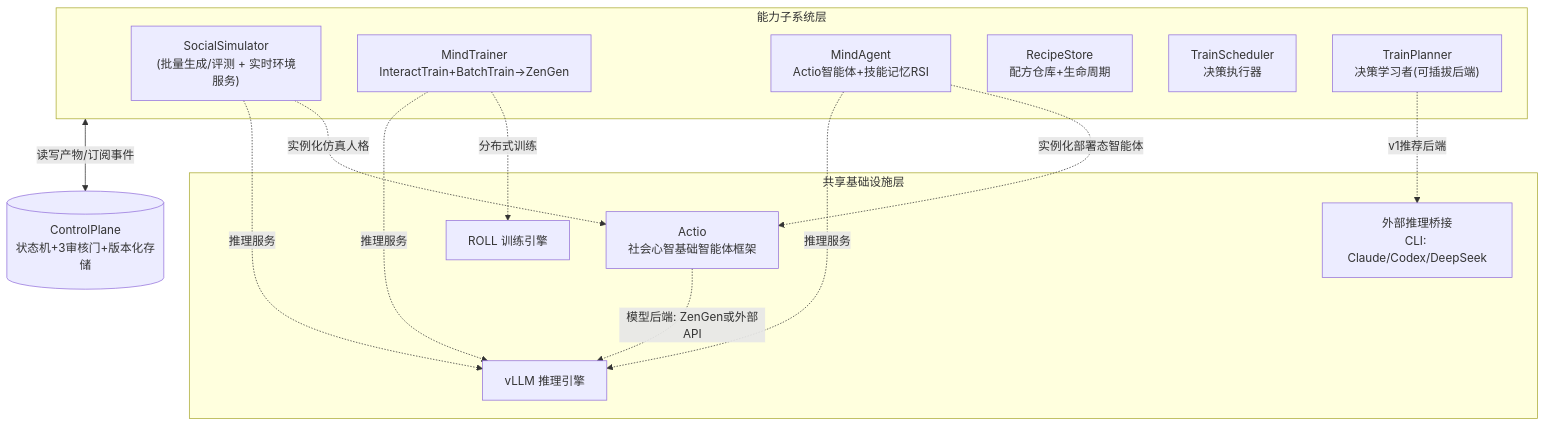
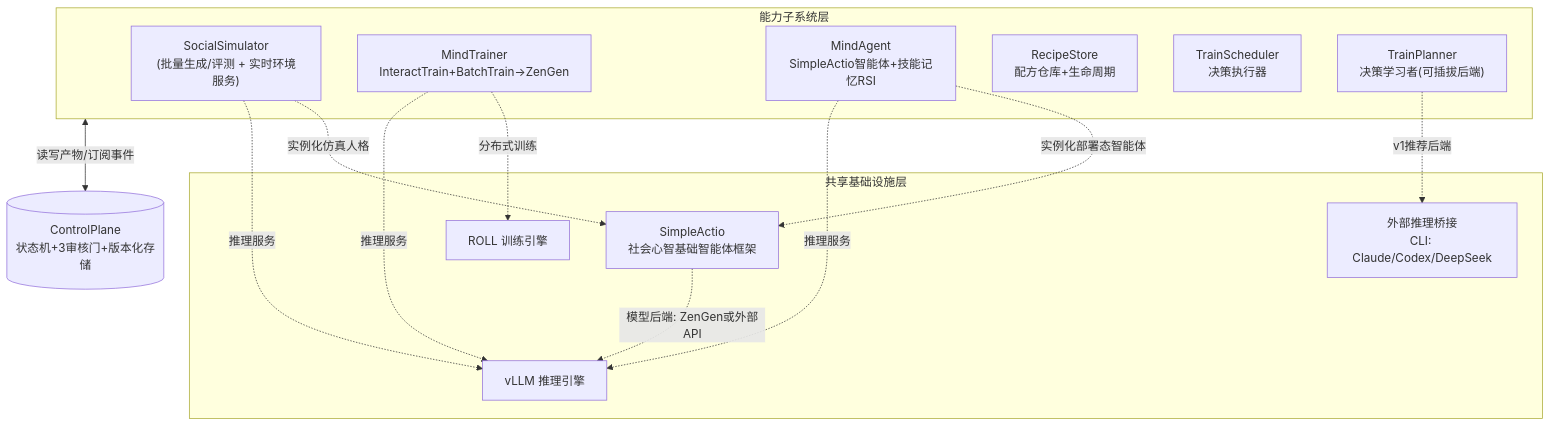
Before and after one commit to ZenGen-AI/Rise: the first of 2 diagrams in docs/superpowers/specs/2026-09-22-rise-architecture-design.md, drawn with Mermaid. The commit also changed other lines of this file and 174 other files, not shown here.

First line of the commit message:
refactor: Actio 改名 SimpleActio(Actio 的简化版,正式版 Actio 完成后再接入)

````diff
--- a/docs/superpowers/specs/2026-09-22-rise-architecture-design.md
+++ b/docs/superpowers/specs/2026-09-22-rise-architecture-design.md
@@ -46,28 +46,28 @@
 ```mermaid
 flowchart TB
     subgraph CAP["能力子系统层"]
         SS["SocialSimulator<br/>(批量生成/评测 + 实时环境服务)"]
         MT["MindTrainer<br/>InteractTrain+BatchTrain→ZenGen"]
-        MA["MindAgent<br/>Actio智能体+技能记忆RSI"]
+        MA["MindAgent<br/>SimpleActio智能体+技能记忆RSI"]
         RS["RecipeStore<br/>配方仓库+生命周期"]
         TS["TrainScheduler<br/>决策执行器"]
         TP["TrainPlanner<br/>决策学习者(可插拔后端)"]
     end
 
     CP[("ControlPlane<br/>状态机+3审核门+版本化存储")]
 
     subgraph INFRA["共享基础设施层"]
-        ACTIO["Actio<br/>社会心智基础智能体框架"]
+        SIMPLE_ACTIO["SimpleActio<br/>社会心智基础智能体框架"]
         ROLL["ROLL 训练引擎"]
         VLLM["vLLM 推理引擎"]
         EXT["外部推理桥接<br/>CLI: Claude/Codex/DeepSeek"]
     end
 
     CAP <-->|读写产物/订阅事件| CP
-    SS -.实例化仿真人格.-> ACTIO
-    MA -.实例化部署态智能体.-> ACTIO
+    SS -.实例化仿真人格.-> SIMPLE_ACTIO
+    MA -.实例化部署态智能体.-> SIMPLE_ACTIO
     MT -.分布式训练.-> ROLL
     SS & MT & MA -.推理服务.-> VLLM
-    ACTIO -.模型后端: ZenGen或外部API.-> VLLM
+    SIMPLE_ACTIO -.模型后端: ZenGen或外部API.-> VLLM
     TP -.v1推荐后端.-> EXT
 ```
````
